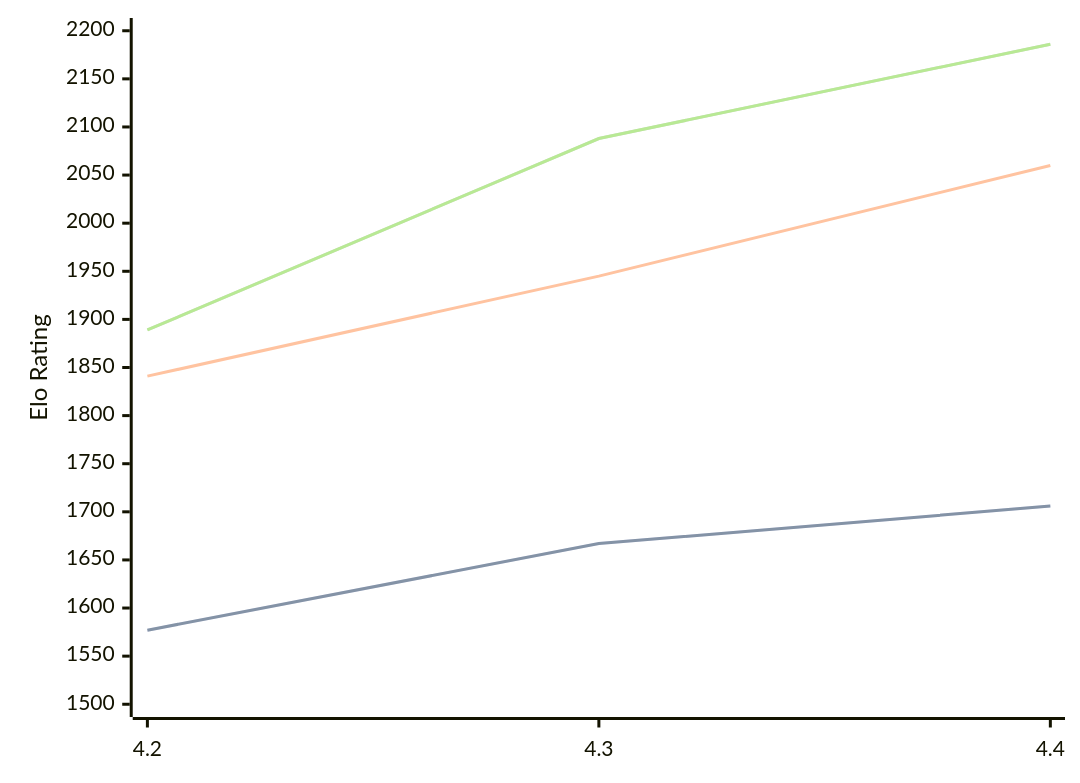
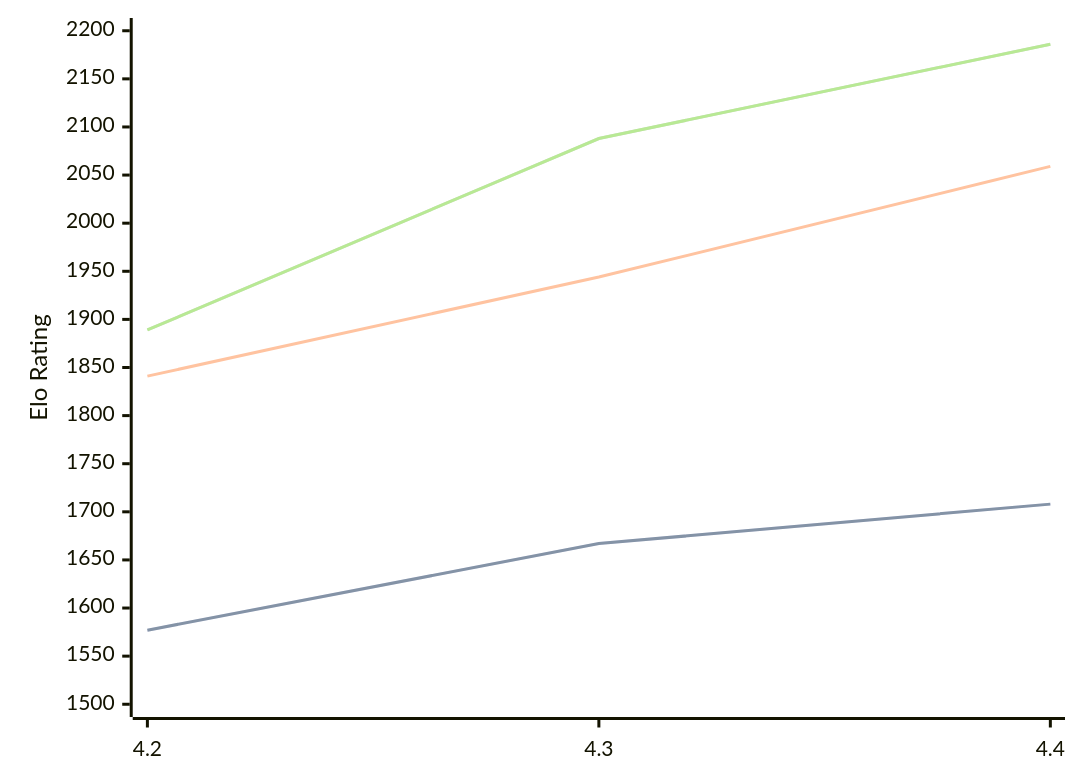
One commit to computer-chess-index/cci changed the diagram in engines/Radiance.md. Above: the diagram before and after it, drawn with Mermaid. The commit also changed other lines of this file, not shown here.

````diff
--- a/engines/Radiance.md
+++ b/engines/Radiance.md
@@ -36,11 +36,11 @@
 ```mermaid
 %%{init: {"theme":"base","themeVariables":{"seriesColors:['#a3a3a3','#222221','#faa371']}}}%%
 xychart-beta
   x-axis ["4.2", "4.3", "4.4"]
   y-axis "Elo Rating" 1500 --> 2200
-  line "STC (8.0+0.08s)" [1577, 1667, 1706]
-  line "STC (8.0+0.08s)" [1577, 1667, 1706]
-  line "LTC (60.0+0.60s)" [1841, 1945, 2060]
+  line "STC (8.0+0.08s)" [1577, 1667, 1708]
+  line "STC (8.0+0.08s)" [1577, 1667, 1708]
+  line "LTC (60.0+0.60s)" [1841, 1944, 2059]
   line "VLTC (2m24s+1.12s)" [1889, 2088, 2186]
   line "VLTC (2m24s+1.12s)" [1889, 2088, 2186]
 ```
````
